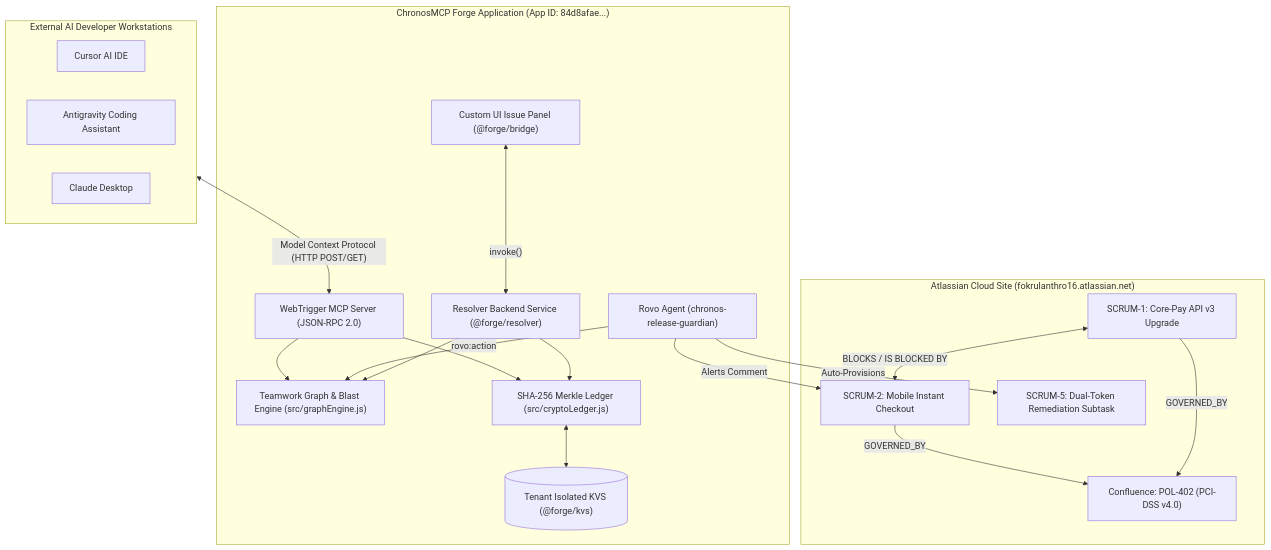
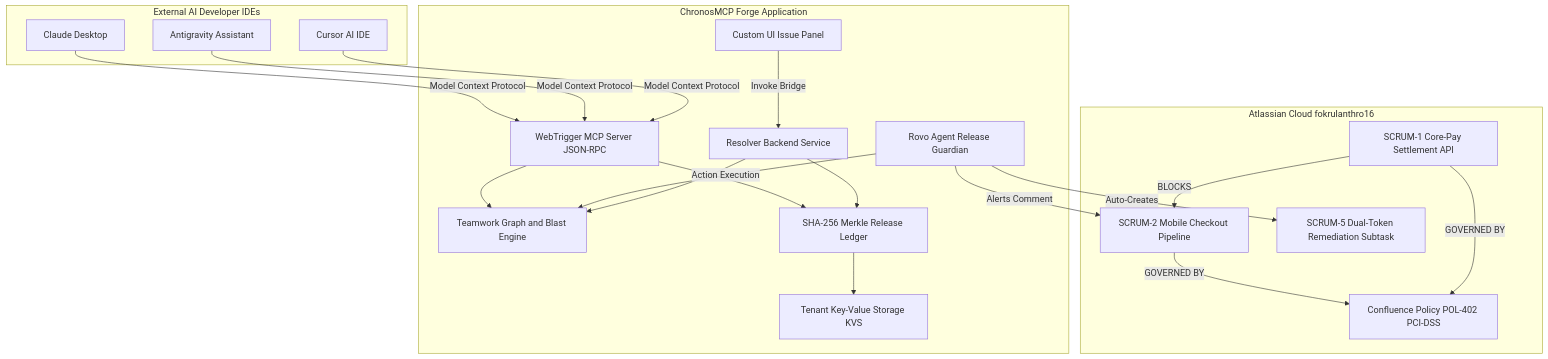
The first of 2 diagrams in README.md (fokrulanthro16-eng/chronos-mcp), drawn with Mermaid before and after one commit. The commit also changed other lines of this file, not shown here.

Commit message:
fix: sanitize mermaid architecture diagram for github renderer

````diff
--- a/README.md
+++ b/README.md
@@ -63,42 +63,44 @@
 ```mermaid
 flowchart TD
-    subgraph AtlassianCloud["Atlassian Cloud Site (fokrulanthro16.atlassian.net)"]
-        Jira1["SCRUM-1: Core-Pay API v3 Upgrade"]
-        Jira2["SCRUM-2: Mobile Instant Checkout"]
-        Conf["Confluence: POL-402 (PCI-DSS v4.0)"]
-        JiraSub["SCRUM-5: Dual-Token Remediation Subtask"]
+    subgraph Cloud [Atlassian Cloud fokrulanthro16]
+        Jira1[SCRUM-1 Core-Pay Settlement API]
+        Jira2[SCRUM-2 Mobile Checkout Pipeline]
+        Conf[Confluence Policy POL-402 PCI-DSS]
+        JiraSub[SCRUM-5 Dual-Token Remediation Subtask]
     end
 
-    subgraph ChronosForge["ChronosMCP Forge Application (App ID: 84d8afae...)"]
-        CustomUI["Custom UI Issue Panel (@forge/bridge)"]
-        Resolver["Resolver Backend Service (@forge/resolver)"]
-        GraphEngine["Teamwork Graph & Blast Engine (src/graphEngine.js)"]
-        CryptoLedger["SHA-256 Merkle Ledger (src/cryptoLedger.js)"]
-        KVS[("Tenant Isolated KVS (@forge/kvs)")]
-        RovoAgent["Rovo Agent (chronos-release-guardian)"]
-        MCPGateway["WebTrigger MCP Server (JSON-RPC 2.0)"]
+    subgraph ForgeApp [ChronosMCP Forge Application]
+        CustomUI[Custom UI Issue Panel]
+        Resolver[Resolver Backend Service]
+        GraphEngine[Teamwork Graph and Blast Engine]
+        CryptoLedger[SHA-256 Merkle Release Ledger]
+        KVS[Tenant Key-Value Storage KVS]
+        RovoAgent[Rovo Agent Release Guardian]
+        MCPGateway[WebTrigger MCP Server JSON-RPC]
     end
 
-    subgraph ExternalIDEs["External AI Developer Workstations"]
-        Cursor["Cursor AI IDE"]
-        Antigravity["Antigravity Coding Assistant"]
-        Claude["Claude Desktop"]
+    subgraph IDEs [External AI Developer IDEs]
+        Cursor[Cursor AI IDE]
+        Antigravity[Antigravity Assistant]
+        Claude[Claude Desktop]
     end
 
-    Jira1 <-->|"BLOCKS / IS BLOCKED BY"| Jira2
-    Jira1 -->|"GOVERNED_BY"| Conf
-    Jira2 -->|"GOVERNED_BY"| Conf
+    Jira1 -->|BLOCKS| Jira2
+    Jira1 -->|GOVERNED BY| Conf
+    Jira2 -->|GOVERNED BY| Conf
 
-    CustomUI <-->|"invoke()"| Resolver
+    CustomUI -->|Invoke Bridge| Resolver
     Resolver --> GraphEngine
     Resolver --> CryptoLedger
-    CryptoLedger <--> KVS
+    CryptoLedger --> KVS
 
-    RovoAgent -->|"rovo:action"| GraphEngine
-    RovoAgent -->|"Auto-Provisions"| JiraSub
-    RovoAgent -->|"Alerts Comment"| Jira2
+    RovoAgent -->|Action Execution| GraphEngine
+    RovoAgent -->|Auto-Creates| JiraSub
+    RovoAgent -->|Alerts Comment| Jira2
 
-    ExternalIDEs <-->|"Model Context Protocol (HTTP POST/GET)"| MCPGateway
+    Cursor -->|Model Context Protocol| MCPGateway
+    Antigravity -->|Model Context Protocol| MCPGateway
+    Claude -->|Model Context Protocol| MCPGateway
     MCPGateway --> GraphEngine
     MCPGateway --> CryptoLedger
 ```
````
